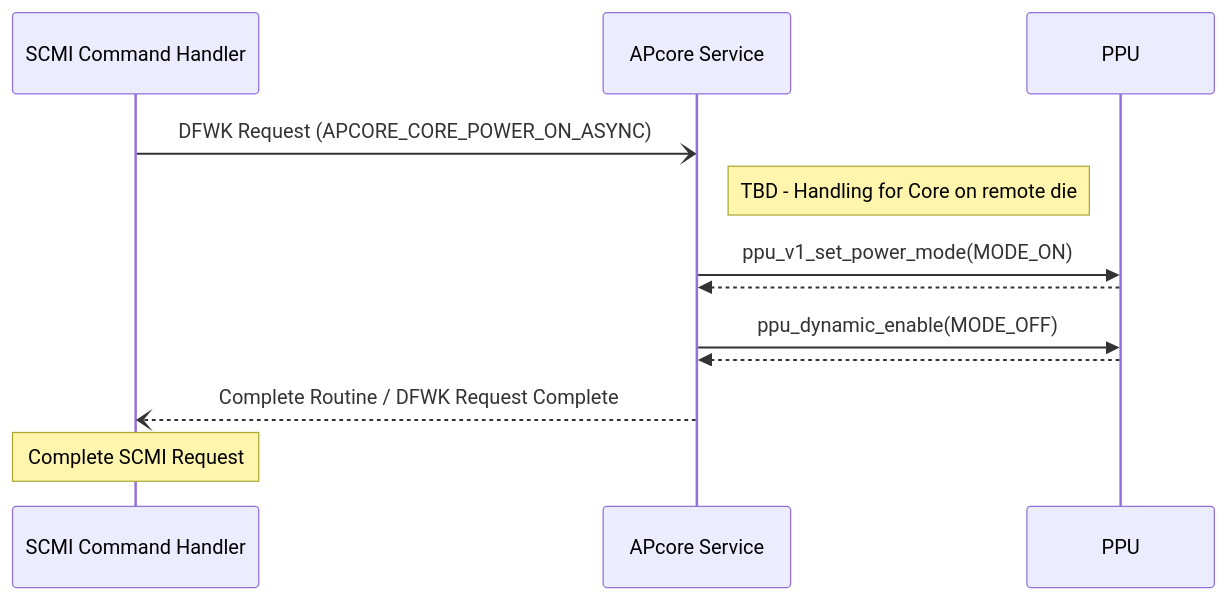
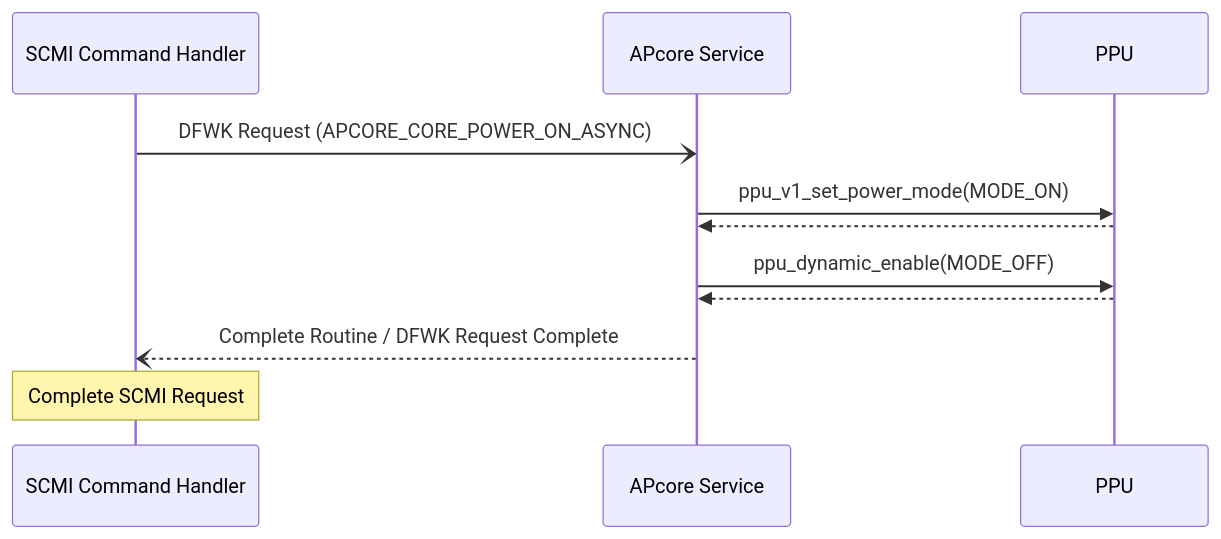
One commit to jivahire-com/cpp-thread-safe-cache changed the sixth of 6 diagrams in docs/development/FirmwareDesign/APcore.md. Above: the diagram before and after it, drawn with Mermaid. The commit also changed other lines of this file, not shown here.

First line of the commit message:
Merged PR 85613: Update AP core documentation to remove handling of remote die AP cores

````diff
--- a/docs/development/FirmwareDesign/APcore.md
+++ b/docs/development/FirmwareDesign/APcore.md
@@ -196,13 +196,12 @@
 ```mermaid
 sequenceDiagram
     participant SCMI as SCMI Command Handler
     participant SSI1 as APcore Service
     SCMI -) SSI1: DFWK Request (APCORE_CORE_POWER_ON_ASYNC)
-    Note left of PPU: TBD - Handling for Core on remote die
     SSI1 ->> PPU: ppu_v1_set_power_mode(MODE_ON)
     PPU -->> SSI1: 
     SSI1 ->> PPU: ppu_dynamic_enable(MODE_OFF)
     PPU -->> SSI1: 
     SSI1 --) SCMI: Complete Routine / DFWK Request Complete
     Note over SCMI: Complete SCMI Request
 ```
````
